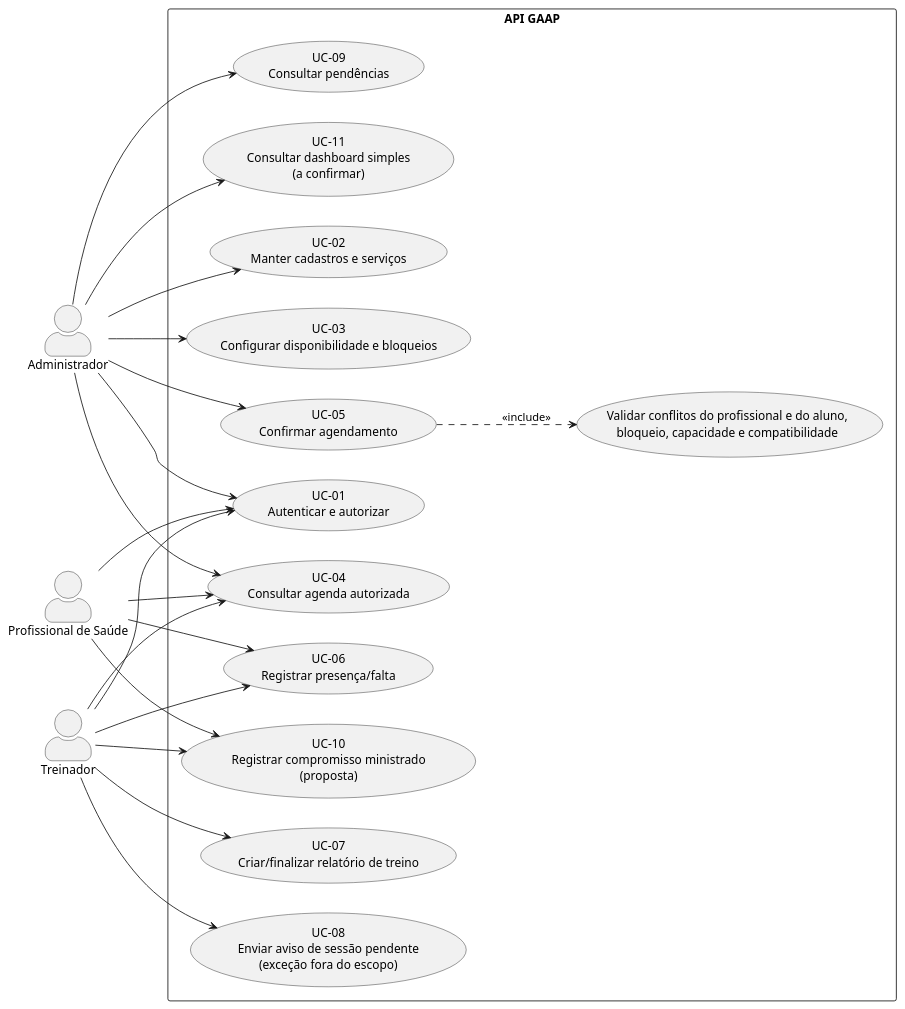
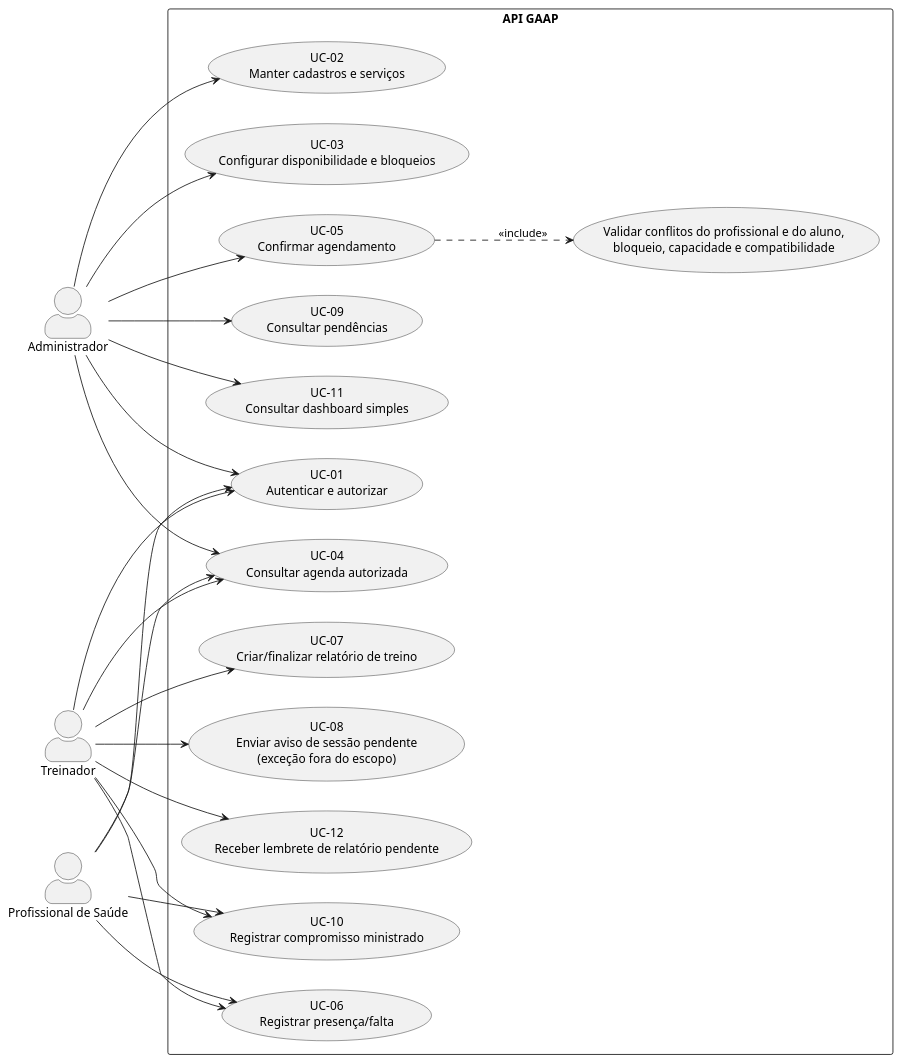
One commit to Projetos-de-Extensao/PECDII_26.2_8001_I changed the diagram in docs/Elaboracao/casos_de_uso.md. Above: the diagram before and after it, drawn with PlantUML. The commit also changed other lines of this file and 8 other files, not shown here.

````diff
--- a/docs/Elaboracao/casos_de_uso.md
+++ b/docs/Elaboracao/casos_de_uso.md
@@ -35,44 +36,46 @@
 ```plantuml
 @startuml gaap_casos_de_uso
 left to right direction
 skinparam actorStyle awesome
 
 actor Administrador as Admin
 actor Treinador as Trainer
 actor "Profissional de Saúde" as Health
 
 rectangle "API GAAP" {
   usecase "UC-01\nAutenticar e autorizar" as UC01
   usecase "UC-02\nManter cadastros e serviços" as UC02
   usecase "UC-03\nConfigurar disponibilidade e bloqueios" as UC03
   usecase "UC-04\nConsultar agenda autorizada" as UC04
   usecase "UC-05\nConfirmar agendamento" as UC05
   usecase "Validar conflitos do profissional e do aluno,\nbloqueio, capacidade e compatibilidade" as VALID
   usecase "UC-06\nRegistrar presença/falta" as UC06
   usecase "UC-07\nCriar/finalizar relatório de treino" as UC07
   usecase "UC-08\nEnviar aviso de sessão pendente\n(exceção fora do escopo)" as UC08
   usecase "UC-09\nConsultar pendências" as UC09
-  usecase "UC-10\nRegistrar compromisso ministrado\n(proposta)" as UC10
-  usecase "UC-11\nConsultar dashboard simples\n(a confirmar)" as UC11
+  usecase "UC-10\nRegistrar compromisso ministrado" as UC10
+  usecase "UC-11\nConsultar dashboard simples" as UC11
+  usecase "UC-12\nReceber lembrete de relatório pendente" as UC12
 }
 
 Admin --> UC01
 Admin --> UC02
 Admin --> UC03
 Admin --> UC04
 Admin --> UC05
 Admin --> UC09
 Admin --> UC11
 Trainer --> UC01
 Trainer --> UC04
 Trainer --> UC06
 Trainer --> UC07
 Trainer --> UC10
+Trainer --> UC12
 Trainer --> UC08
 Health --> UC01
 Health --> UC04
 Health --> UC06
 Health --> UC10
 UC05 ..> VALID : <<include>>
 @enduml
 ```
````
